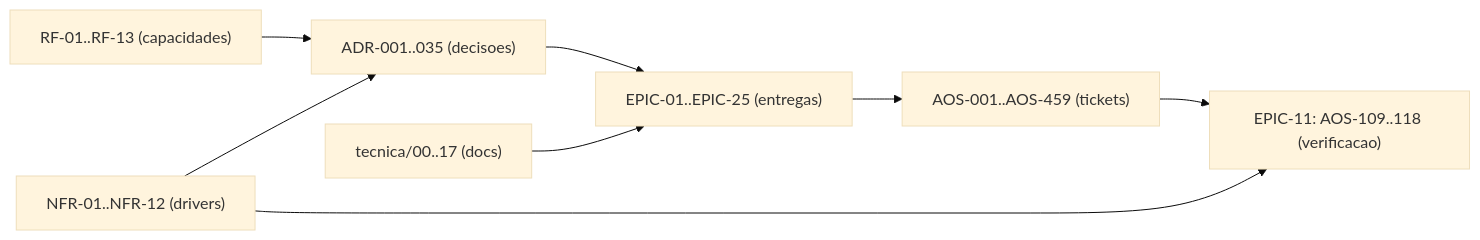
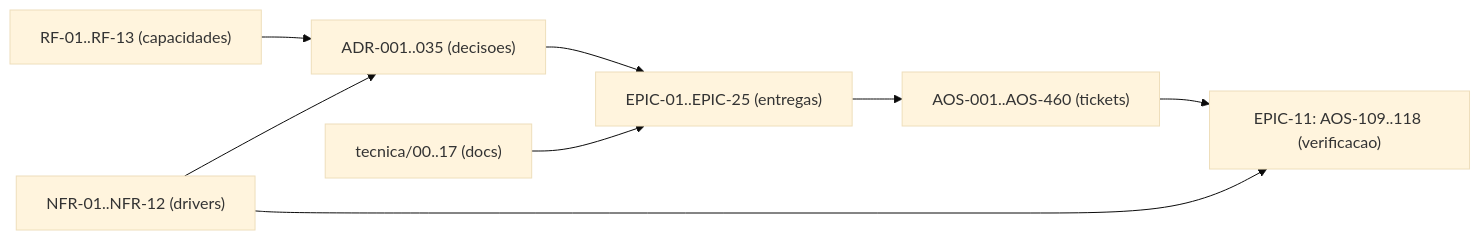
The diagram in tecnica/16_Rastreabilidade_RTM.md (albinoJimy/aos), drawn with Mermaid (base theme) before and after one commit. The commit also changed other lines of this file and 7 other files, not shown here.

````diff
--- a/tecnica/16_Rastreabilidade_RTM.md
+++ b/tecnica/16_Rastreabilidade_RTM.md
@@ -200,10 +200,10 @@
 ```mermaid
 flowchart LR
     RF["RF-01..RF-13 (capacidades)"] --> ADR["ADR-001..035 (decisoes)"]
     NFR["NFR-01..NFR-12 (drivers)"] --> ADR
     ADR --> EPIC["EPIC-01..EPIC-25 (entregas)"]
-    EPIC --> TICK["AOS-001..AOS-459 (tickets)"]
+    EPIC --> TICK["AOS-001..AOS-460 (tickets)"]
     DOC["tecnica/00..17 (docs)"] --> EPIC
     TICK --> TEST["EPIC-11: AOS-109..118 (verificacao)"]
     NFR --> TEST
 ```
````
